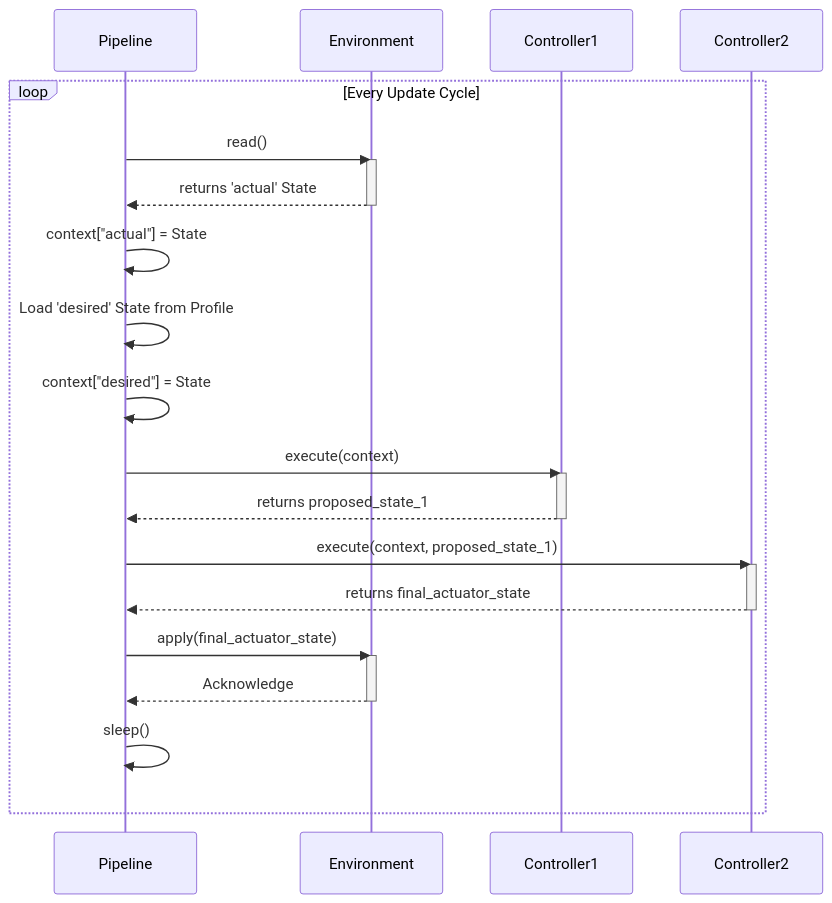
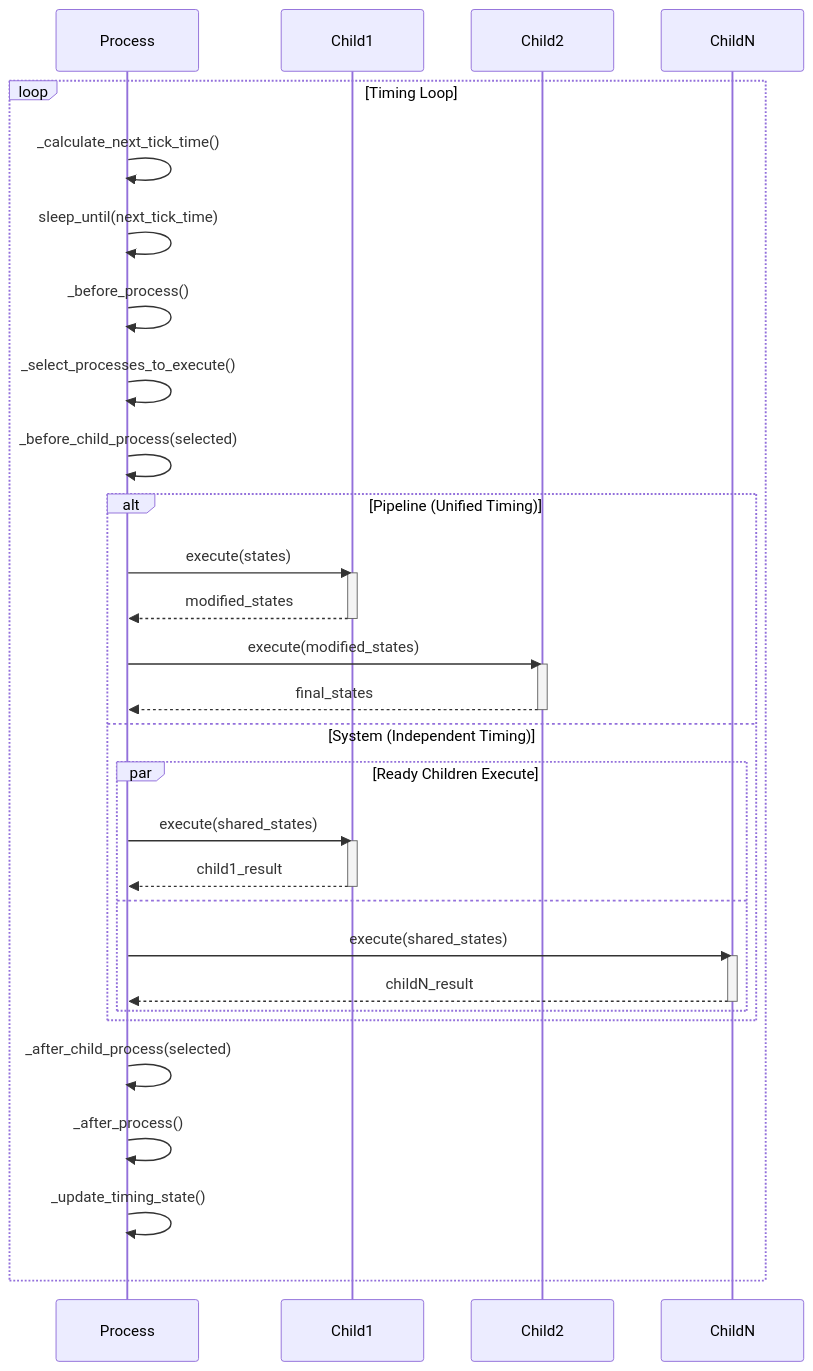
One commit to johnwbyrd/aifand changed the first of 2 diagrams in doc/architecture.md. Above: the diagram before and after it, drawn with Mermaid. The commit also changed other lines of this file, not shown here.

Commit message:
Redesign process, pipeline, and system classes

````diff
--- a/doc/architecture.md
+++ b/doc/architecture.md
@@ -101,35 +154,43 @@
 ```mermaid
 sequenceDiagram
-    participant Pipeline
-    participant Environment
-    participant Controller1
-    participant Controller2
+    participant Process
+    participant Child1
+    participant Child2
+    participant ChildN
 
-    loop Every Update Cycle
-        Pipeline->>Environment: read()
-        activate Environment
-        Environment-->>Pipeline: returns 'actual' State
-        deactivate Environment
-        Pipeline->>Pipeline: context["actual"] = State
-
-        Pipeline->>Pipeline: Load 'desired' State from Profile
-        Pipeline->>Pipeline: context["desired"] = State
-
-        Pipeline->>Controller1: execute(context)
-        activate Controller1
-        Controller1-->>Pipeline: returns proposed_state_1
-        deactivate Controller1
+    loop Timing Loop
+        Process->>Process: _calculate_next_tick_time()
+        Process->>Process: sleep_until(next_tick_time)
         
-        Pipeline->>Controller2: execute(context, proposed_state_1)
-        activate Controller2
-        Controller2-->>Pipeline: returns final_actuator_state
-        deactivate Controller2
-
-        Pipeline->>Environment: apply(final_actuator_state)
-        activate Environment
-        Environment-->>Pipeline: Acknowledge
-        deactivate Environment
+        Process->>Process: _before_process()
+        Process->>Process: _select_processes_to_execute()
+        Process->>Process: _before_child_process(selected)
         
-        Pipeline->>Pipeline: sleep()
+        alt Pipeline (Unified Timing)
+            Process->>Child1: execute(states)
+            activate Child1
+            Child1-->>Process: modified_states
+            deactivate Child1
+            Process->>Child2: execute(modified_states)
+            activate Child2
+            Child2-->>Process: final_states
+            deactivate Child2
+        else System (Independent Timing)
+            par Ready Children Execute
+                Process->>Child1: execute(shared_states)
+                activate Child1
+                Child1-->>Process: child1_result
+                deactivate Child1
+            and
+                Process->>ChildN: execute(shared_states)
+                activate ChildN
+                ChildN-->>Process: childN_result
+                deactivate ChildN
+            end
+        end
+        
+        Process->>Process: _after_child_process(selected)
+        Process->>Process: _after_process()
+        Process->>Process: _update_timing_state()
     end
 ```
````
